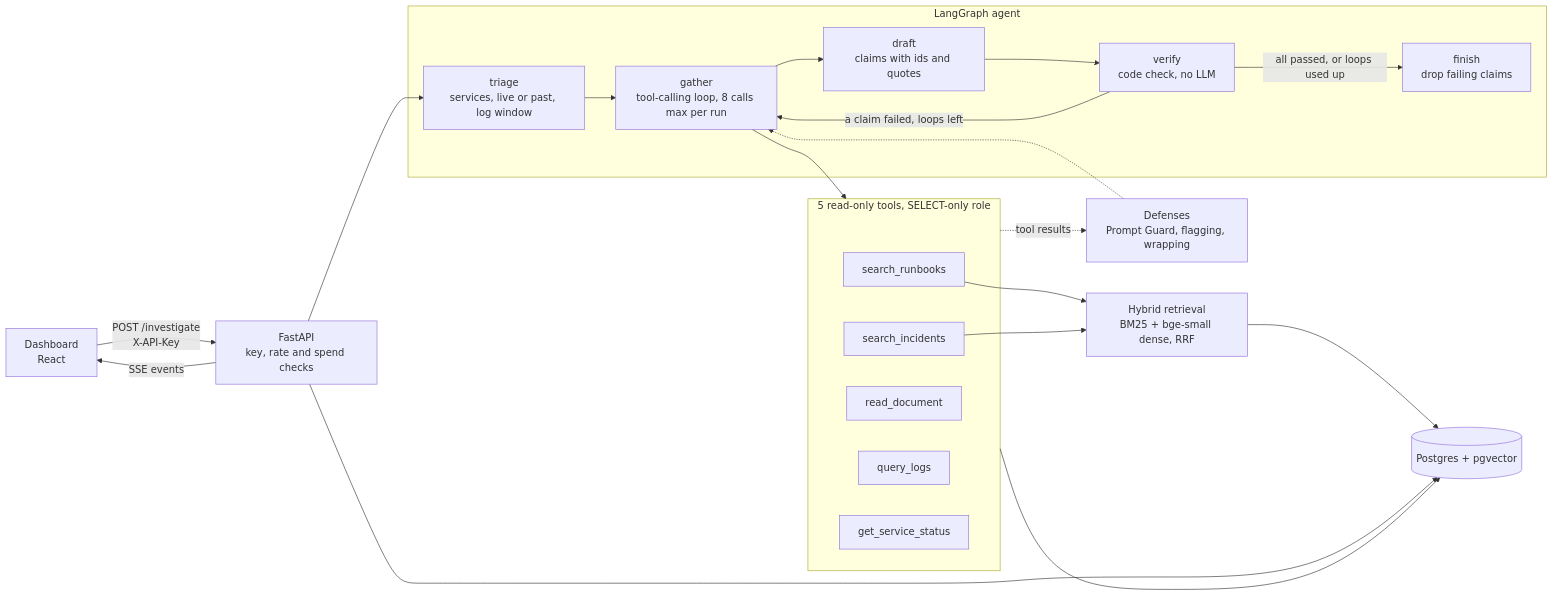
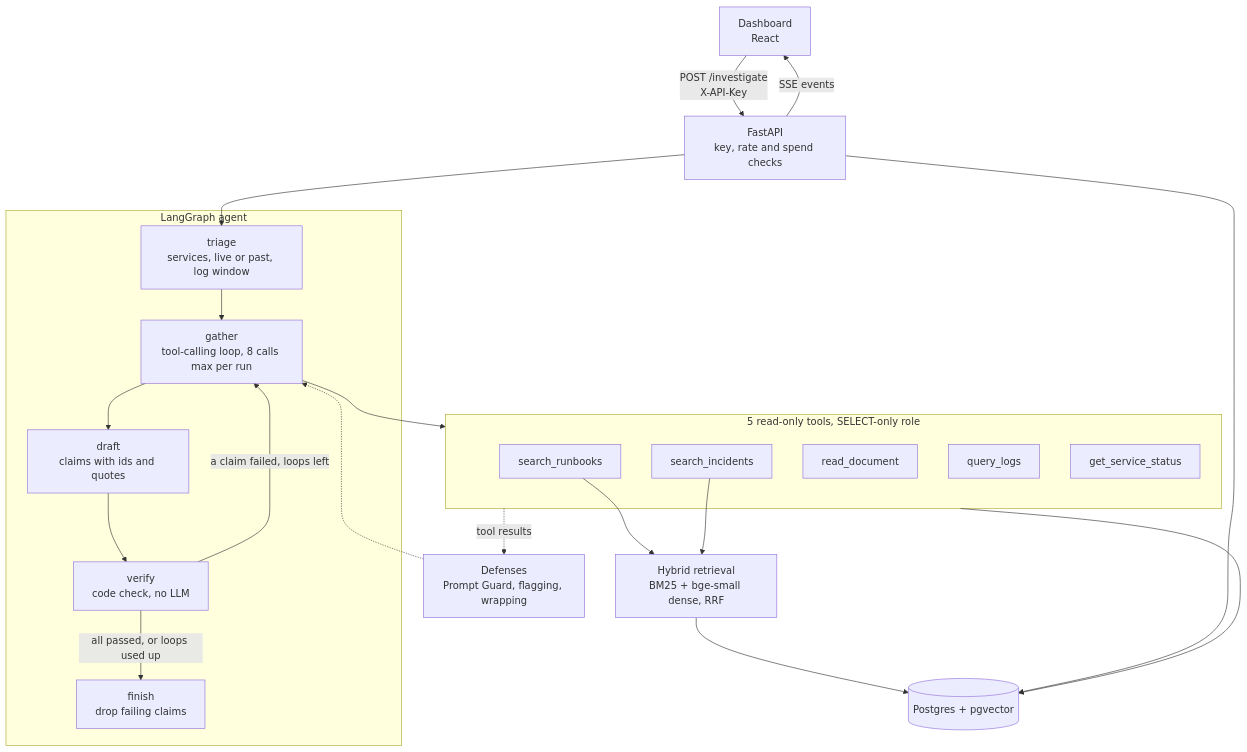
Before and after one commit to PatelPrince11/opspilot: the diagram in README.md, drawn with Mermaid.

Commit message:
README: top-down diagram

````diff
--- a/README.md
+++ b/README.md
@@ -11,30 +11,30 @@
 ```mermaid
-flowchart LR
+flowchart TD
     UI[Dashboard<br/>React] -->|POST /investigate<br/>X-API-Key| API[FastAPI<br/>key, rate and spend checks]
     API -->|SSE events| UI
     API --> T
 
     subgraph Agent [LangGraph agent]
         T[triage<br/>services, live or past, log window] --> G[gather<br/>tool-calling loop, 8 calls max per run]
         G --> D[draft<br/>claims with ids and quotes]
         D --> V[verify<br/>code check, no LLM]
         V -->|a claim failed, loops left| G
         V -->|all passed, or loops used up| F[finish<br/>drop failing claims]
     end
 
     G --> Tools
     subgraph Tools [5 read-only tools, SELECT-only role]
         SR[search_runbooks]
         SI[search_incidents]
         RD[read_document]
         QL[query_logs]
         GS[get_service_status]
     end
 
     SR & SI --> R[Hybrid retrieval<br/>BM25 + bge-small dense, RRF]
     Tools --> PG[(Postgres + pgvector)]
     R --> PG
     Tools -.tool results.-> DEF[Defenses<br/>Prompt Guard, flagging, wrapping]
     DEF -.-> G
     API --> PG
 ```
````
